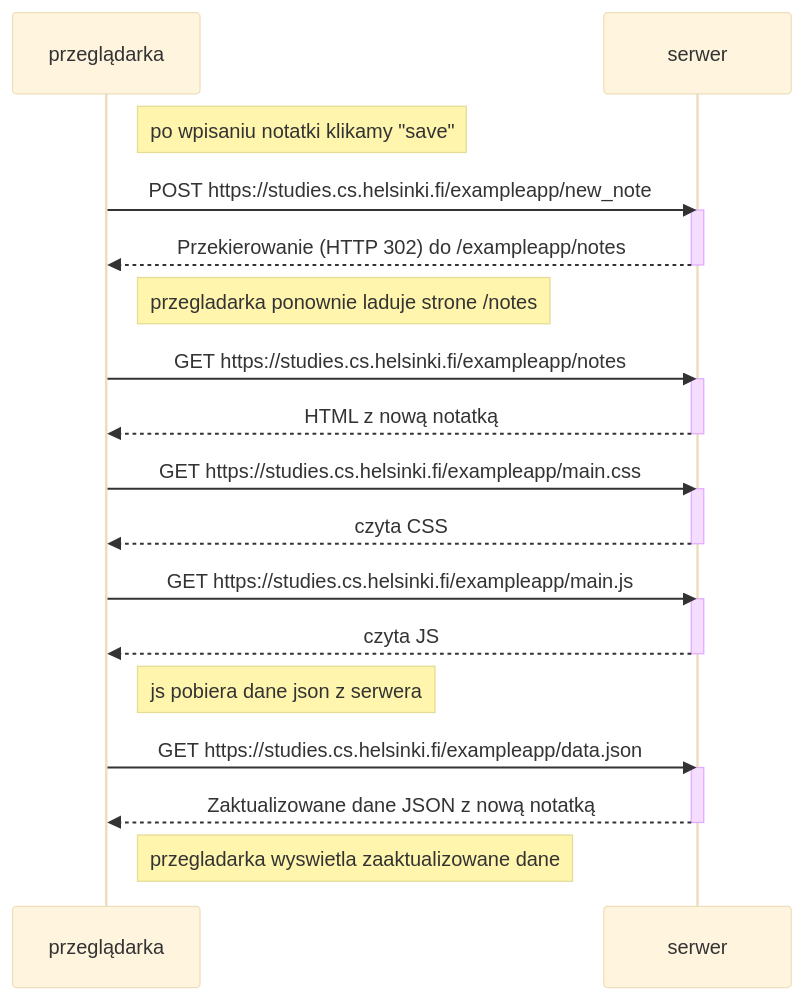
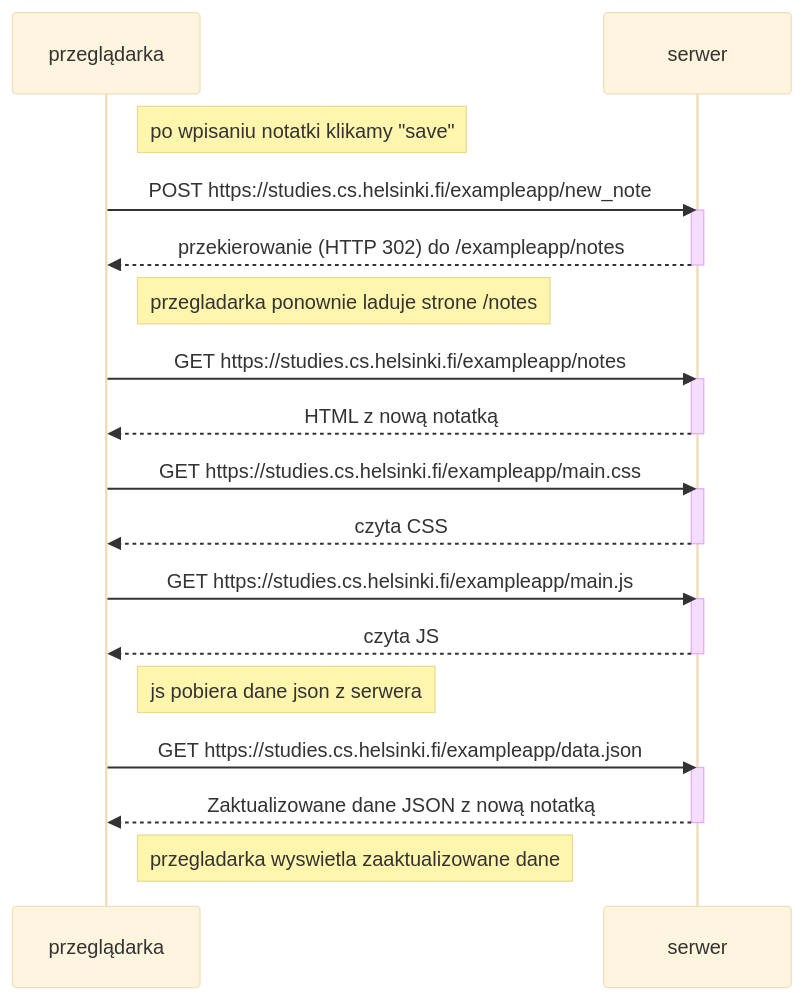
One commit to Layer2843/my-repo changed the diagram in Part0/zad0-4.mmd. Above: the diagram before and after it, drawn with Mermaid (base theme).

```diff
--- a/Part0/zad0-4.mmd
+++ b/Part0/zad0-4.mmd
@@ -1,36 +1,36 @@
 sequenceDiagram
     participant przeglądarka
     participant serwer
 
     Note right of przeglądarka: po wpisaniu notatki klikamy "save"
 
     przeglądarka->>serwer: POST https://studies.cs.helsinki.fi/exampleapp/new_note
     activate serwer
-    serwer-->>przeglądarka: Przekierowanie (HTTP 302) do /exampleapp/notes
+    serwer-->>przeglądarka: przekierowanie (HTTP 302) do /exampleapp/notes
     deactivate serwer
 
     Note right of przeglądarka: przegladarka ponownie laduje strone /notes
 
     przeglądarka->>serwer: GET https://studies.cs.helsinki.fi/exampleapp/notes
     activate serwer
     serwer-->>przeglądarka: HTML z nową notatką
     deactivate serwer
 
     przeglądarka->>serwer: GET https://studies.cs.helsinki.fi/exampleapp/main.css
     activate serwer
     serwer-->>przeglądarka: czyta CSS
     deactivate serwer
 
     przeglądarka->>serwer: GET https://studies.cs.helsinki.fi/exampleapp/main.js
     activate serwer
     serwer-->>przeglądarka: czyta JS
     deactivate serwer
 
     Note right of przeglądarka: js pobiera dane json z serwera
 
     przeglądarka->>serwer: GET https://studies.cs.helsinki.fi/exampleapp/data.json
     activate serwer
     serwer-->>przeglądarka: Zaktualizowane dane JSON z nową notatką
     deactivate serwer
 
     Note right of przeglądarka: przegladarka wyswietla zaaktualizowane dane
```
